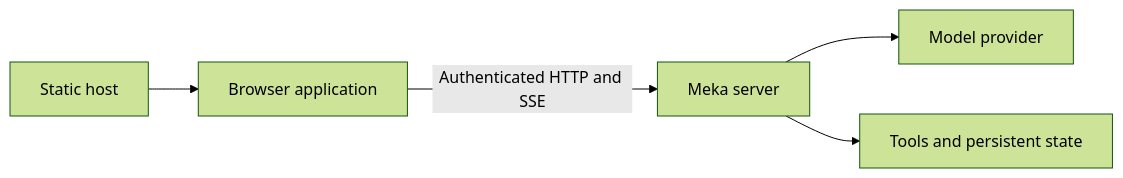
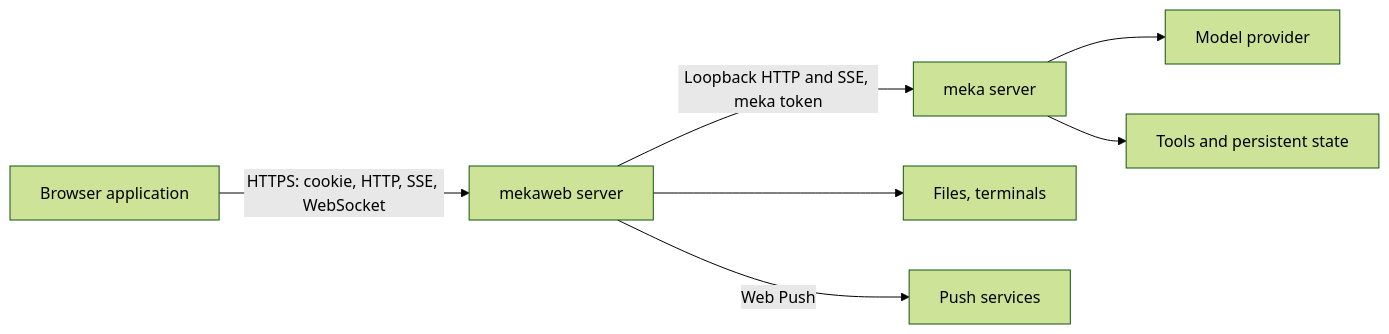
The diagram in docs/architecture.md (k4yt3x/mekaweb), drawn with Mermaid (forest theme) before and after one commit. The commit also changed other lines of this file and 262 other files, not shown here.

Commit message:
feat!: serve mekaweb from the meka host with sign-in, Files and terminals

````diff
--- a/docs/architecture.md
+++ b/docs/architecture.md
@@ -7,7 +7,9 @@
 ```mermaid
 flowchart LR
-    Host[Static host] --> Browser[Browser application]
-    Browser -->|Authenticated HTTP and SSE| Meka[Meka server]
+    Browser[Browser application] -->|HTTPS: cookie, HTTP, SSE, WebSocket| Server[mekaweb server]
+    Server -->|Loopback HTTP and SSE, meka token| Meka[meka server]
+    Server --> Host[Files, terminals]
+    Server -->|Web Push| PushService[Push services]
     Meka --> Provider[Model provider]
     Meka --> Tools[Tools and persistent state]
 ```
````
